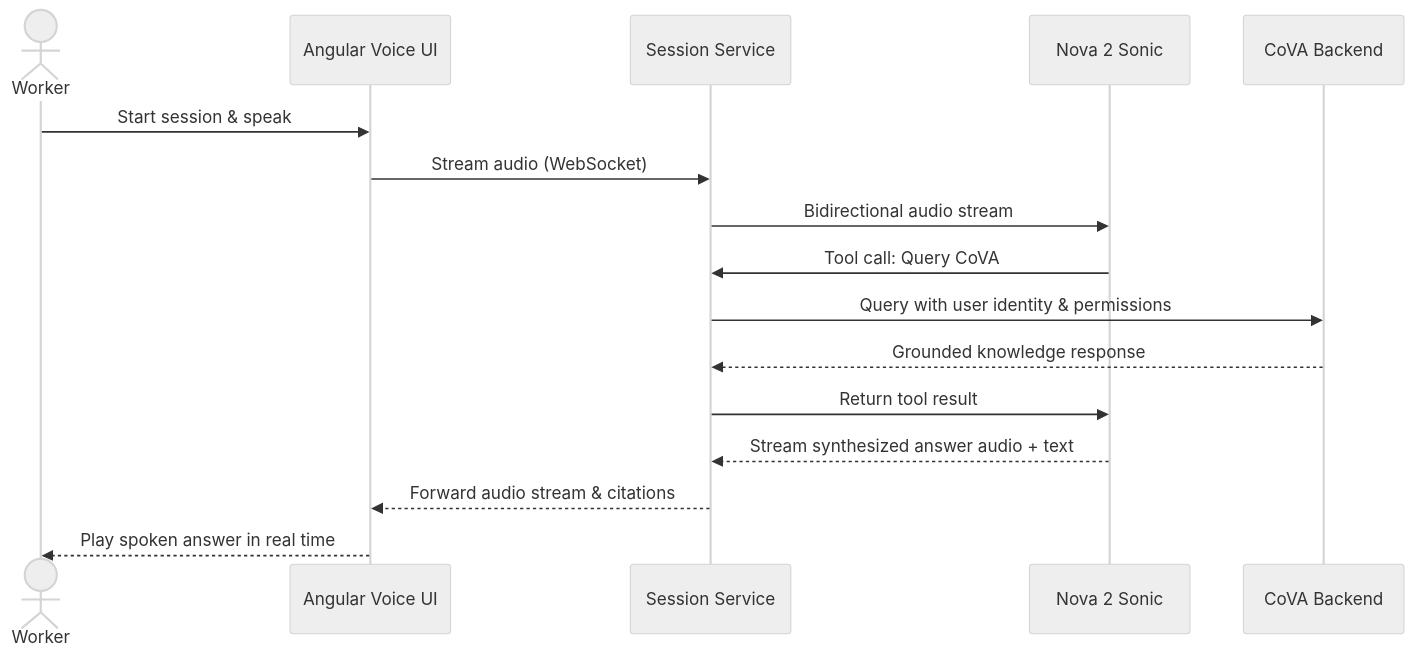
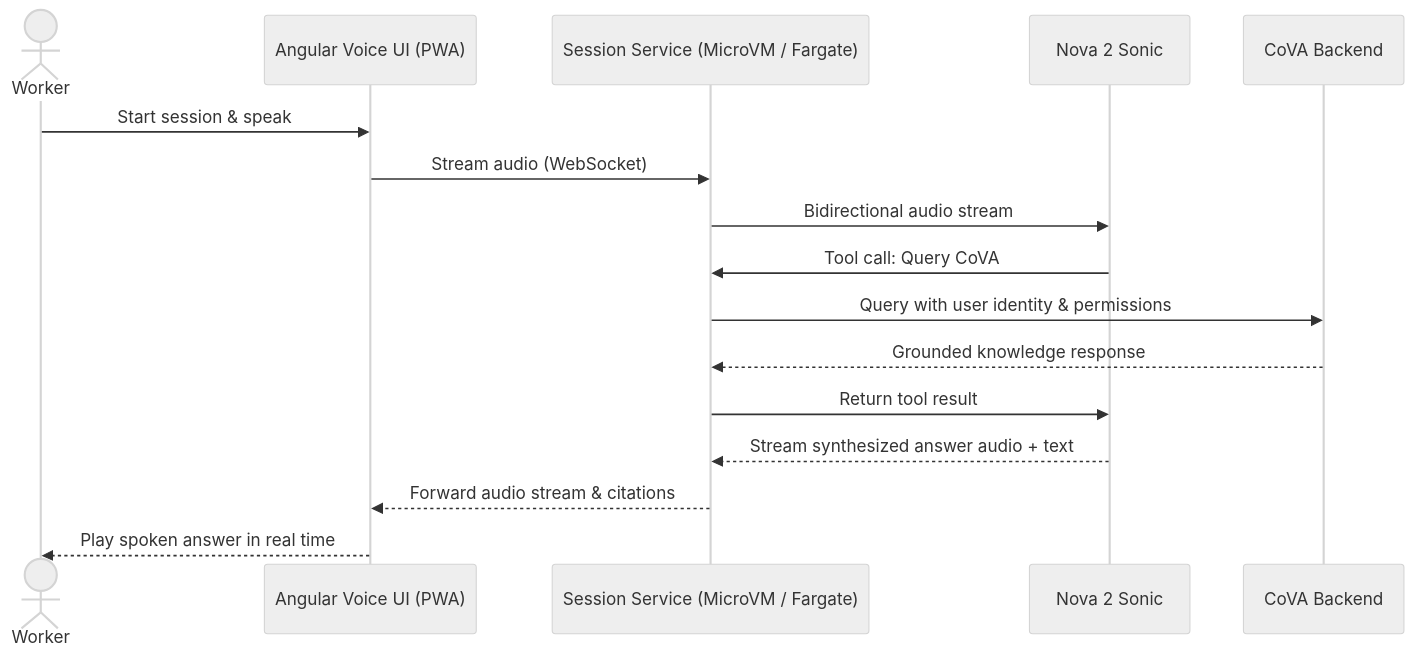
The third of 3 diagrams in presentation.qmd (slangenbach/chemtalk), drawn with Mermaid (neutral theme) before and after one commit. The commit also changed other lines of this file and 1 other file, not shown here.

````diff
--- a/presentation.qmd
+++ b/presentation.qmd
@@ -250,21 +269,21 @@
 ```{mermaid}
 %%| fig-align: center
 %%{init: {'sequence': {'useMaxWidth': true, 'diagramMarginY': 4, 'messageMargin': 14, 'boxMargin': 4}}}%%
 sequenceDiagram
     actor Worker
-    participant UI as Angular Voice UI
-    participant Relay as Session Service
+    participant UI as Angular Voice UI (PWA)
+    participant Relay as Session Service (MicroVM / Fargate)
     participant Sonic as Nova 2 Sonic
     participant CoVA as CoVA Backend
 
     Worker->>UI: Start session & speak
     UI->>Relay: Stream audio (WebSocket)
     Relay->>Sonic: Bidirectional audio stream
     Sonic->>Relay: Tool call: Query CoVA
     Relay->>CoVA: Query with user identity & permissions
     CoVA-->>Relay: Grounded knowledge response
     Relay->>Sonic: Return tool result
     Sonic-->>Relay: Stream synthesized answer audio + text
     Relay-->>UI: Forward audio stream & citations
     UI-->>Worker: Play spoken answer in real time
 ```
````
